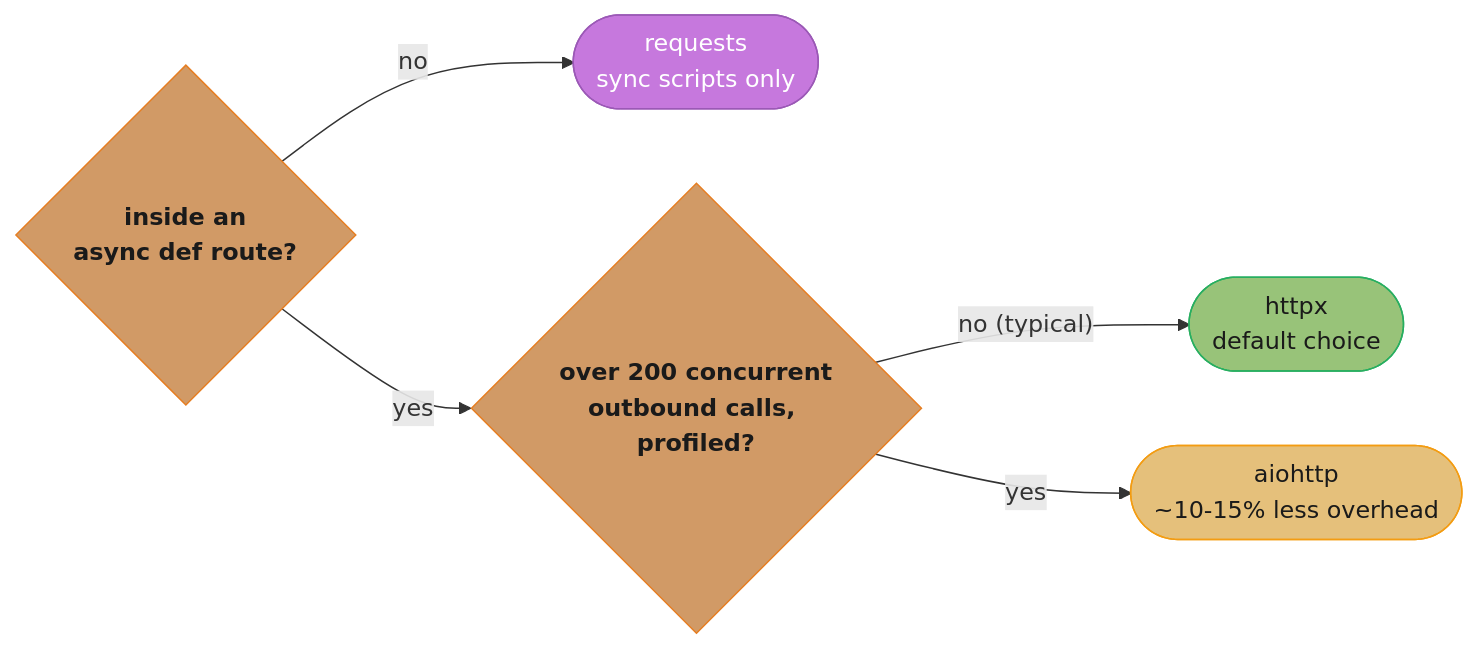
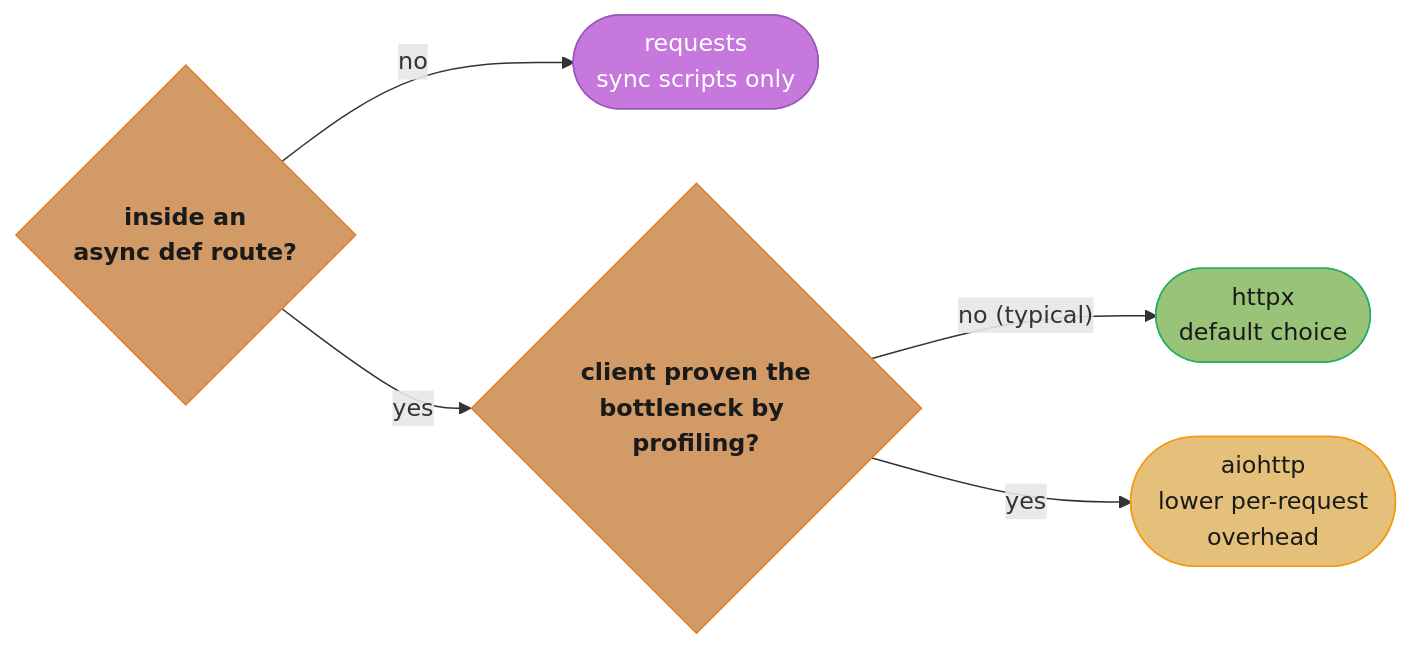
One commit to rppol/system-design changed the first of 7 diagrams in src/main/java/com/rutik/systemdesign/fastapi/http_clients_and_external_apis/http_clients_and_external_apis.md. Above: the diagram before and after it, drawn with Mermaid. The commit also changed other lines of this file and 466 other files, not shown here.

````diff
--- a/src/main/java/com/rutik/systemdesign/fastapi/http_clients_and_external_apis/http_clients_and_external_apis.md
+++ b/src/main/java/com/rutik/systemdesign/fastapi/http_clients_and_external_apis/http_clients_and_external_apis.md
@@ -91,20 +91,20 @@
 ```mermaid
 flowchart LR
     classDef io      fill:#61afef,stroke:#2e86c1,color:#1a1a1a,font-weight:bold
     classDef frozen  fill:#c678dd,stroke:#9b59b6,color:#fff
     classDef train   fill:#98c379,stroke:#27ae60,color:#1a1a1a
     classDef mathOp  fill:#d19a66,stroke:#e67e22,color:#1a1a1a,font-weight:bold
     classDef lossN   fill:#e06c75,stroke:#c0392b,color:#fff,font-weight:bold
     classDef req     fill:#56b6c2,stroke:#0097a7,color:#1a1a1a
     classDef base    fill:#e5c07b,stroke:#f39c12,color:#1a1a1a
 
     start{"inside an<br/>async def route?"} -->|"no"| reqs(["requests<br/>sync scripts only"])
-    start -->|"yes"| concurrency{"over 200 concurrent<br/>outbound calls, profiled?"}
+    start -->|"yes"| concurrency{"client proven the<br/>bottleneck by profiling?"}
     concurrency -->|"no (typical)"| httpxNode(["httpx<br/>default choice"])
-    concurrency -->|"yes"| aiohttpNode(["aiohttp<br/>~10-15% less overhead"])
+    concurrency -->|"yes"| aiohttpNode(["aiohttp<br/>lower per-request<br/>overhead"])
 
     class start,concurrency mathOp
     class reqs frozen
     class httpxNode train
     class aiohttpNode base
 ```
````
